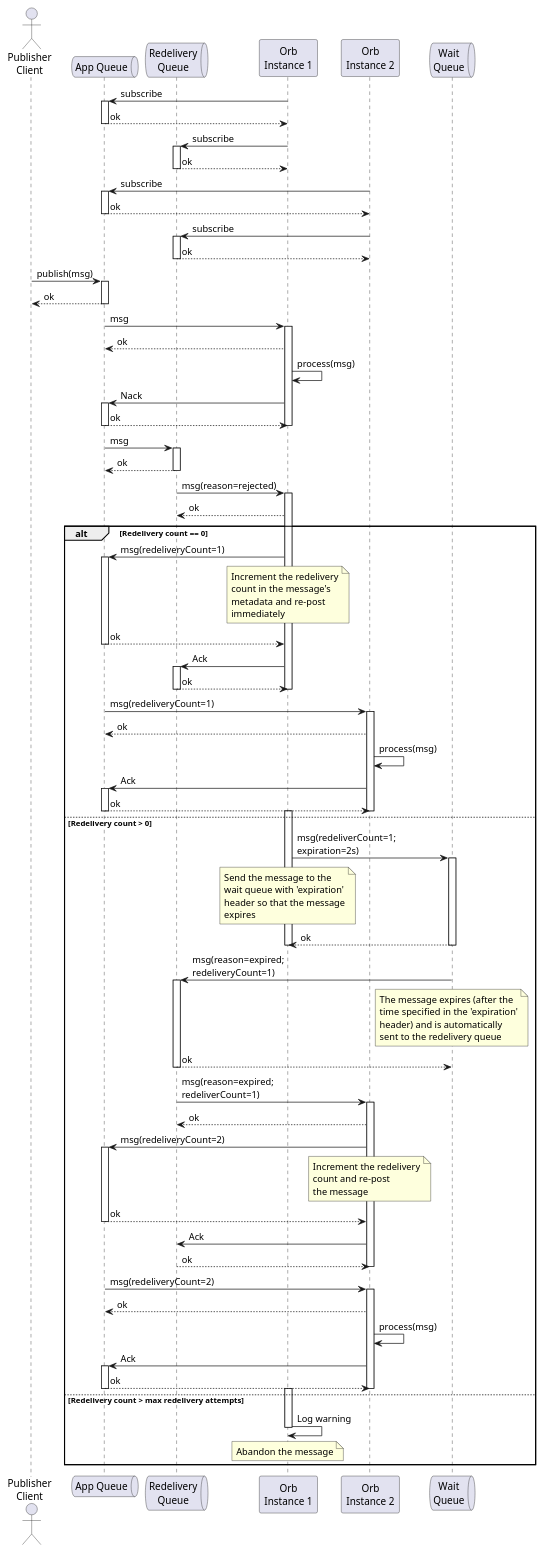
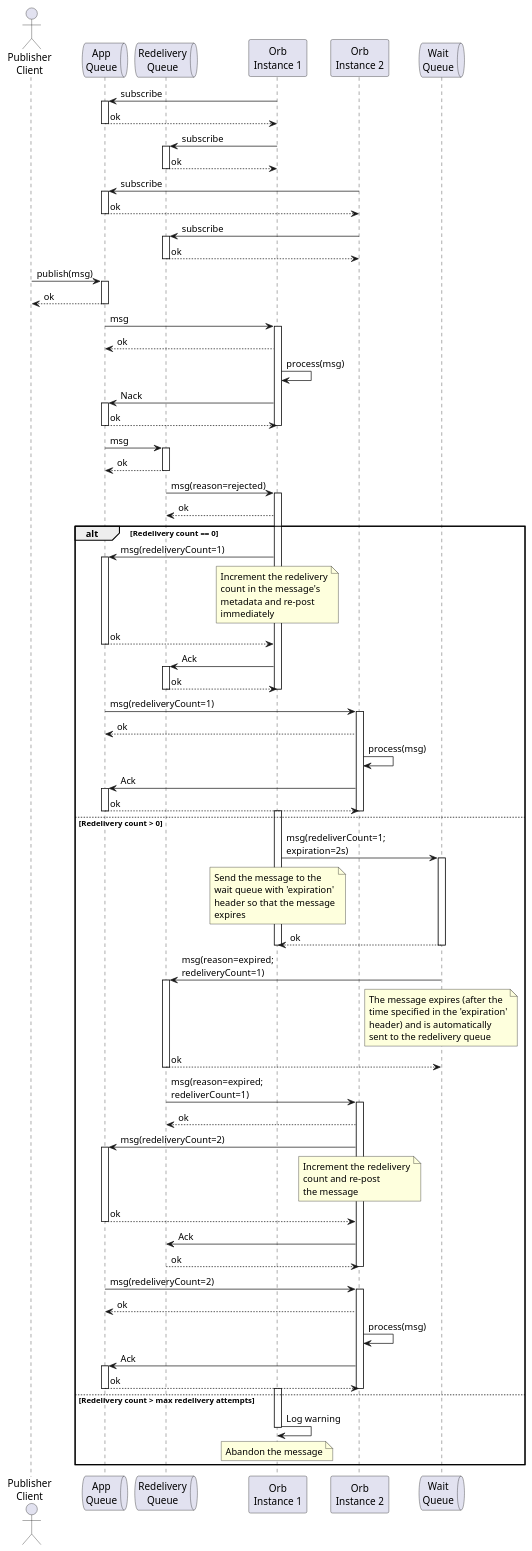
One commit to trustbloc/docs changed the diagram in docs/source/orb/diagrams/mq-pubsub-redeliver.puml. Above: the diagram before and after it, drawn with PlantUML. The commit also changed 12 other files, not shown here.

```diff
--- a/docs/source/orb/diagrams/mq-pubsub-redeliver.puml
+++ b/docs/source/orb/diagrams/mq-pubsub-redeliver.puml
@@ -1,160 +1,160 @@
 @startuml
 'https://plantuml.com/sequence-diagram
 
 actor "Publisher\nClient" as client
 
-queue "App Queue" as queue1
+queue "App\nQueue" as queue1
 queue "Redelivery\nQueue" as redeliveryQueue
 
 participant "Orb\nInstance 1" as service1
 participant "Orb\nInstance 2" as service2
 
 queue "Wait\nQueue" as waitQueue
 
 service1 -> queue1: subscribe
 activate queue1
   queue1 --> service1: ok
 deactivate queue1
 
 service1 -> redeliveryQueue: subscribe
 activate redeliveryQueue
   redeliveryQueue --> service1: ok
 deactivate redeliveryQueue
 
 service2 -> queue1: subscribe
 activate queue1
   queue1 --> service2: ok
 deactivate queue1
 
 service2 -> redeliveryQueue: subscribe
 activate redeliveryQueue
   redeliveryQueue --> service2: ok
 deactivate redeliveryQueue
 
 client -> queue1: publish(msg)
 activate queue1
   queue1 --> client: ok
 deactivate queue1
 
 queue1 -> service1: msg
 
 activate service1
 service1 --> queue1: ok
 service1 -> service1: process(msg)
 
 service1 -> queue1: Nack
 activate queue1
 queue1 --> service1: ok
 deactivate queue1
 deactivate service1
 
 queue1 -> redeliveryQueue: msg
 activate redeliveryQueue
 redeliveryQueue --> queue1: ok
 deactivate redeliveryQueue
 
 redeliveryQueue -> service1: msg(reason=rejected)
 activate service1
 
 service1 --> redeliveryQueue: ok
 
 alt Redelivery count == 0
   service1 -> queue1: msg(redeliveryCount=1)
 
   note over service1
   Increment the redelivery
   count in the message's
   metadata and re-post
   immediately
   end note
 
   activate queue1
   queue1 --> service1: ok
   deactivate queue1
 
   service1 -> redeliveryQueue: Ack
   activate redeliveryQueue
   redeliveryQueue --> service1: ok
   deactivate redeliveryQueue
   deactivate service1
 
   queue1 -> service2: msg(redeliveryCount=1)
 
   activate service2
   service2 --> queue1: ok
   service2 -> service2: process(msg)
 
   service2 -> queue1: Ack
   activate queue1
   queue1 --> service2: ok
   deactivate queue1
   deactivate service2
 else Redelivery count > 0
   activate service1
   service1 -> waitQueue: msg(redeliverCount=1;\nexpiration=2s)
 
   note over service1
     Send the message to the
     wait queue with 'expiration'
     header so that the message
     expires
   end note
 
   activate waitQueue
   waitQueue --> service1: ok
   deactivate waitQueue
   deactivate service1
 
   waitQueue -> redeliveryQueue: msg(reason=expired;\nredeliveryCount=1)
 
   note over waitQueue
   The message expires (after the
   time specified in the 'expiration'
   header) and is automatically
   sent to the redelivery queue
   end note
 
   activate redeliveryQueue
   redeliveryQueue --> waitQueue: ok
   deactivate redeliveryQueue
 
   redeliveryQueue -> service2: msg(reason=expired;\nredeliverCount=1)
   activate service2
   service2 --> redeliveryQueue: ok
 
   service2 -> queue1: msg(redeliveryCount=2)
 
   note over service2
   Increment the redelivery
   count and re-post
   the message
   end note
 
   activate queue1
   queue1 --> service2: ok
   deactivate queue1
   service2 -> redeliveryQueue: Ack
   redeliveryQueue --> service2: ok
   deactivate service2
 
   queue1 -> service2: msg(redeliveryCount=2)
 
   activate service2
   service2 --> queue1: ok
   service2 -> service2: process(msg)
 
   service2 -> queue1: Ack
   activate queue1
   queue1 --> service2: ok
   deactivate queue1
   deactivate service2
 else Redelivery count > max redelivery attempts
   activate service1
   service1 -> service1: Log warning
   note over service1: Abandon the message
   deactivate service1
 end
 
 deactivate service1
 
 @enduml
```
